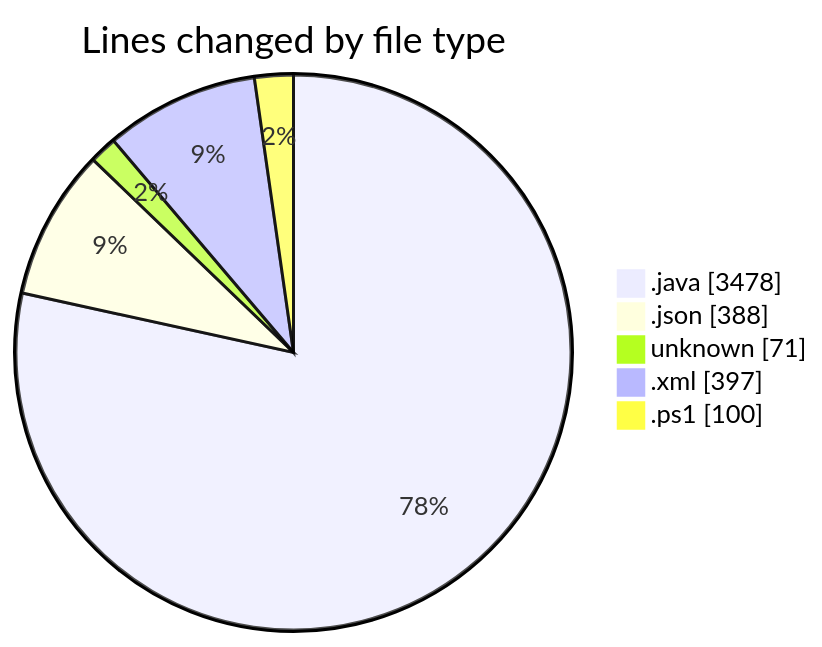
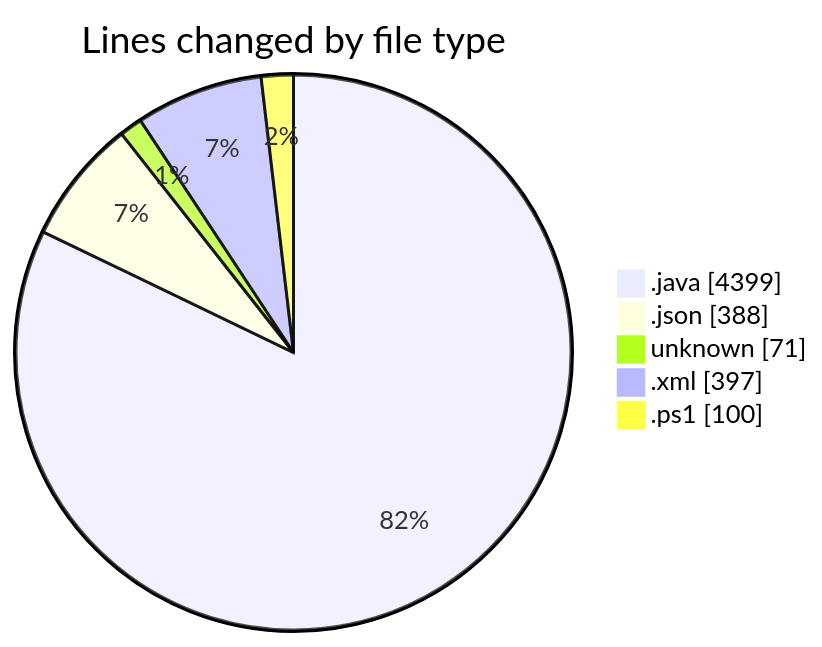
One commit to charlie-sans/code-tracking changed the first of 2 diagrams in 2025-02-25/micros/README.md. Above: the diagram before and after it, drawn with Mermaid. The commit also changed other lines of this file and 1 other file, not shown here.

````diff
--- a/2025-02-25/micros/README.md
+++ b/2025-02-25/micros/README.md
@@ -34,9 +37,9 @@
 ```mermaid
 pie showData
 title Lines changed by file type
-".java" : 3478
+".java" : 4399
 ".json" : 388
 "unknown" : 71
 ".xml" : 397
 ".ps1" : 100
 ```
````
